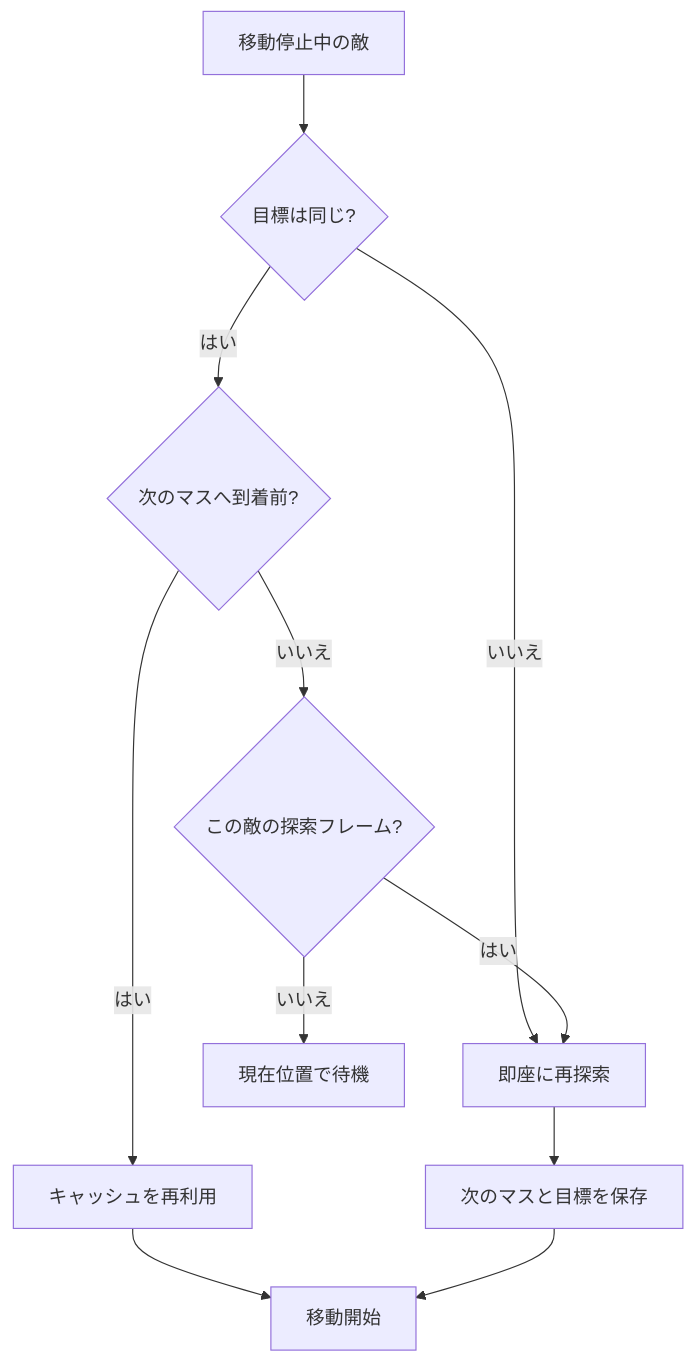
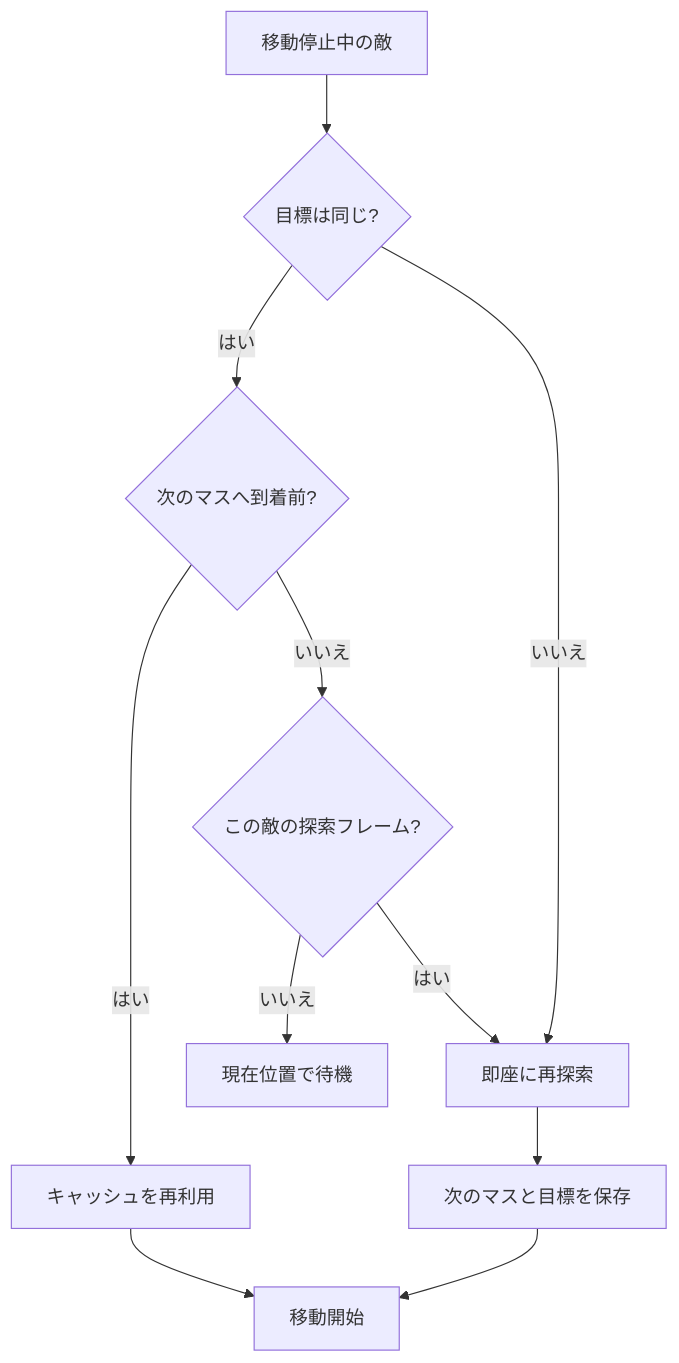
Before and after one commit to Nerunell11/Nerunell11.github.io: the third of 3 diagrams in src/content/works/sentiment.md, drawn with Mermaid. The commit also changed other lines of this file and 3 other files, not shown here.

First line of the commit message:
ほかの作品の図も矢印の交差をなくす

````diff
--- a/src/content/works/sentiment.md
+++ b/src/content/works/sentiment.md
@@ -95,13 +95,13 @@
 ```mermaid
 flowchart TD
     A["移動停止中の敵"] --> B{"目標は同じ?"}
     B -->|"はい"| C{"次のマスへ到着前?"}
+    B -->|"いいえ"| F["即座に再探索"]
     C -->|"はい"| D["キャッシュを再利用"]
     C -->|"いいえ"| E{"この敵の探索フレーム?"}
-    B -->|"いいえ"| F["即座に再探索"]
+    E -->|"いいえ"| G["現在位置で待機"]
     E -->|"はい"| F
-    E -->|"いいえ"| G["現在位置で待機"]
     F --> H["次のマスと目標を保存"]
     D --> I["移動開始"]
     H --> I
 ```
````
